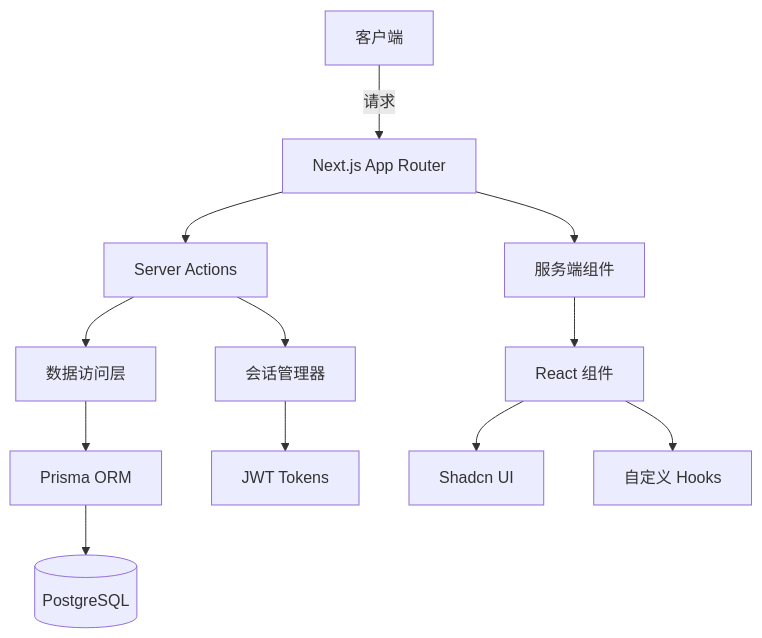
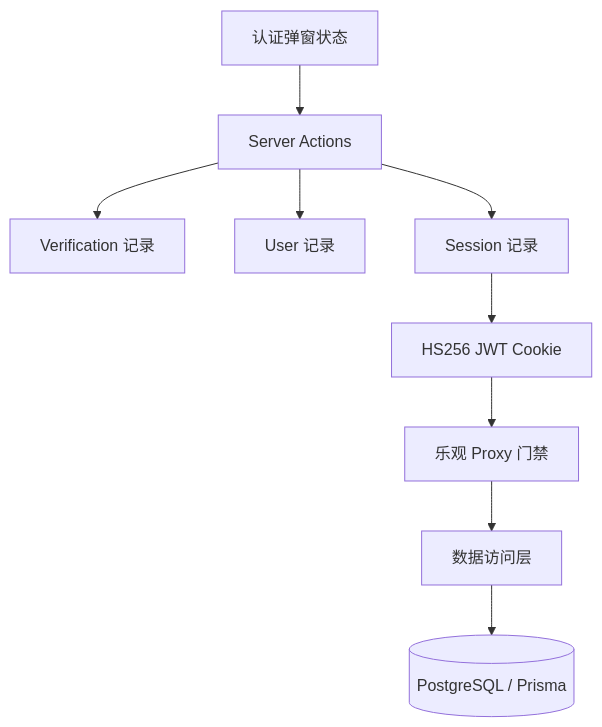
Before and after one commit to Mike-Ski-615/Next.js-Authentication-Scaffold: the diagram in README_CN.md, drawn with Mermaid. The commit also changed other lines of this file, not shown here.

````diff
--- a/README_CN.md
+++ b/README_CN.md
@@ -141,14 +78,11 @@
 ```mermaid
 graph TB
-    A[客户端] -->|请求| B[Next.js App Router]
-    B --> C[服务端组件]
-    B --> D[Server Actions]
-    D --> E[数据访问层]
-    E --> F[Prisma ORM]
-    F --> G[(PostgreSQL)]
-    D --> H[会话管理器]
-    H --> I[JWT Tokens]
-    C --> J[React 组件]
-    J --> K[Shadcn UI]
-    J --> L[自定义 Hooks]
+    UI[认证弹窗状态] --> SA[Server Actions]
+    SA --> V[Verification 记录]
+    SA --> U[User 记录]
+    SA --> S[Session 记录]
+    S --> C[HS256 JWT Cookie]
+    C --> P[乐观 Proxy 门禁]
+    P --> D[数据访问层]
+    D --> DB[(PostgreSQL / Prisma)]
 ```
````
